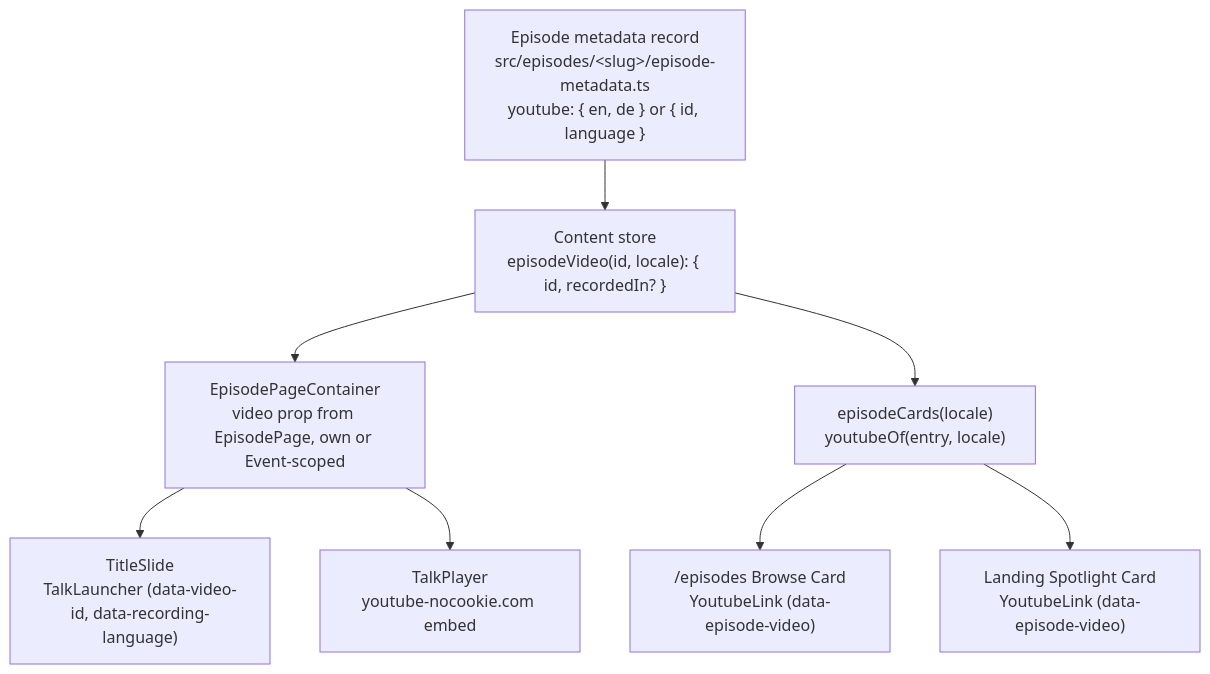
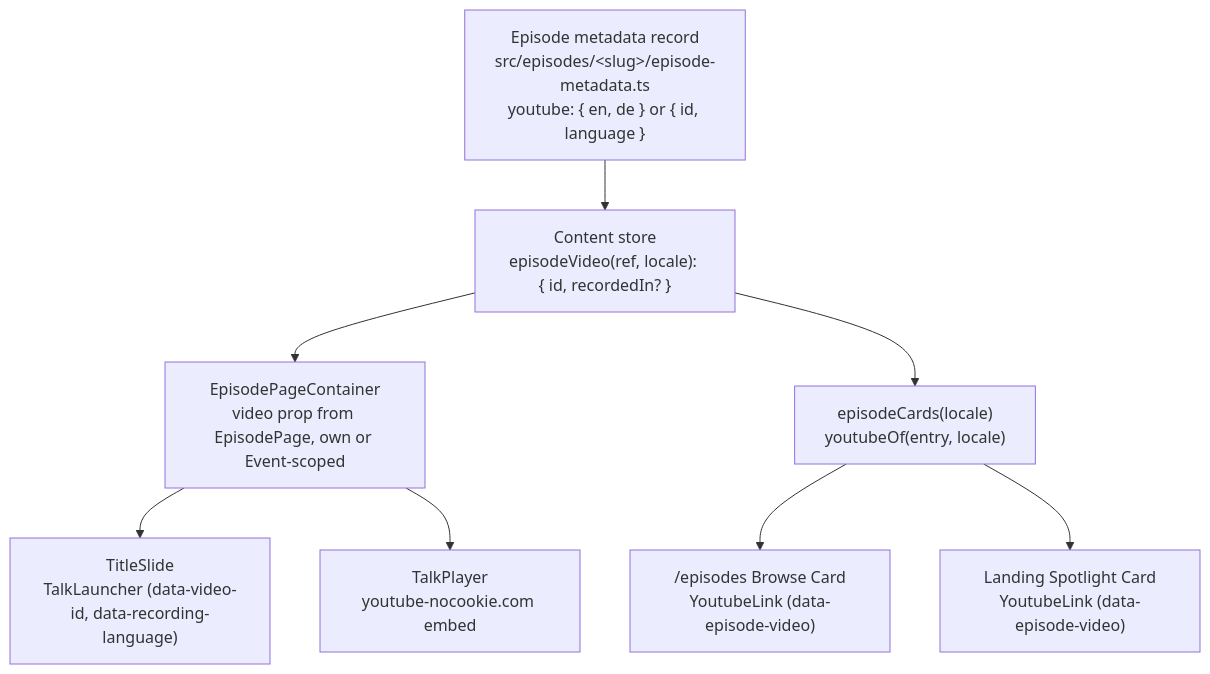
Before and after one commit to hancrafted/content-library: the diagram in skills/episode-add-youtube/SKILL.md, drawn with Mermaid. The commit also changed 32 other files, not shown here.

````diff
--- a/skills/episode-add-youtube/SKILL.md
+++ b/skills/episode-add-youtube/SKILL.md
@@ -96,11 +96,11 @@
 ```mermaid
 flowchart TD
   R["Episode metadata record<br/>src/episodes/&lt;slug&gt;/episode-metadata.ts<br/>youtube: { en, de } or { id, language }"]
-  R --> S["Content store<br/>episodeVideo(id, locale): { id, recordedIn? }"]
+  R --> S["Content store<br/>episodeVideo(ref, locale): { id, recordedIn? }"]
   S --> C["EpisodePageContainer<br/>video prop from EpisodePage, own or Event-scoped"]
   S --> EC["episodeCards(locale)<br/>youtubeOf(entry, locale)"]
   C --> TS["TitleSlide<br/>TalkLauncher (data-video-id, data-recording-language)"]
   C --> TP["TalkPlayer<br/>youtube-nocookie.com embed"]
   EC --> EP["/episodes Browse Card<br/>YoutubeLink (data-episode-video)"]
   EC --> LP["Landing Spotlight Card<br/>YoutubeLink (data-episode-video)"]
 ```
````
